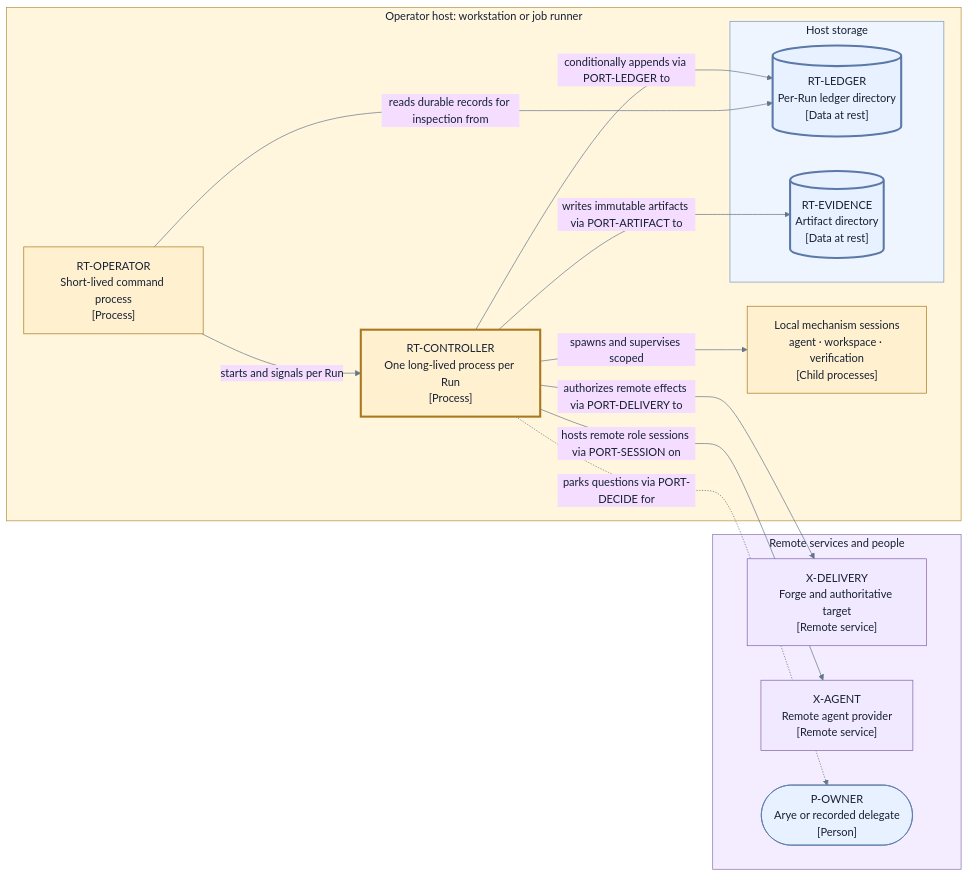
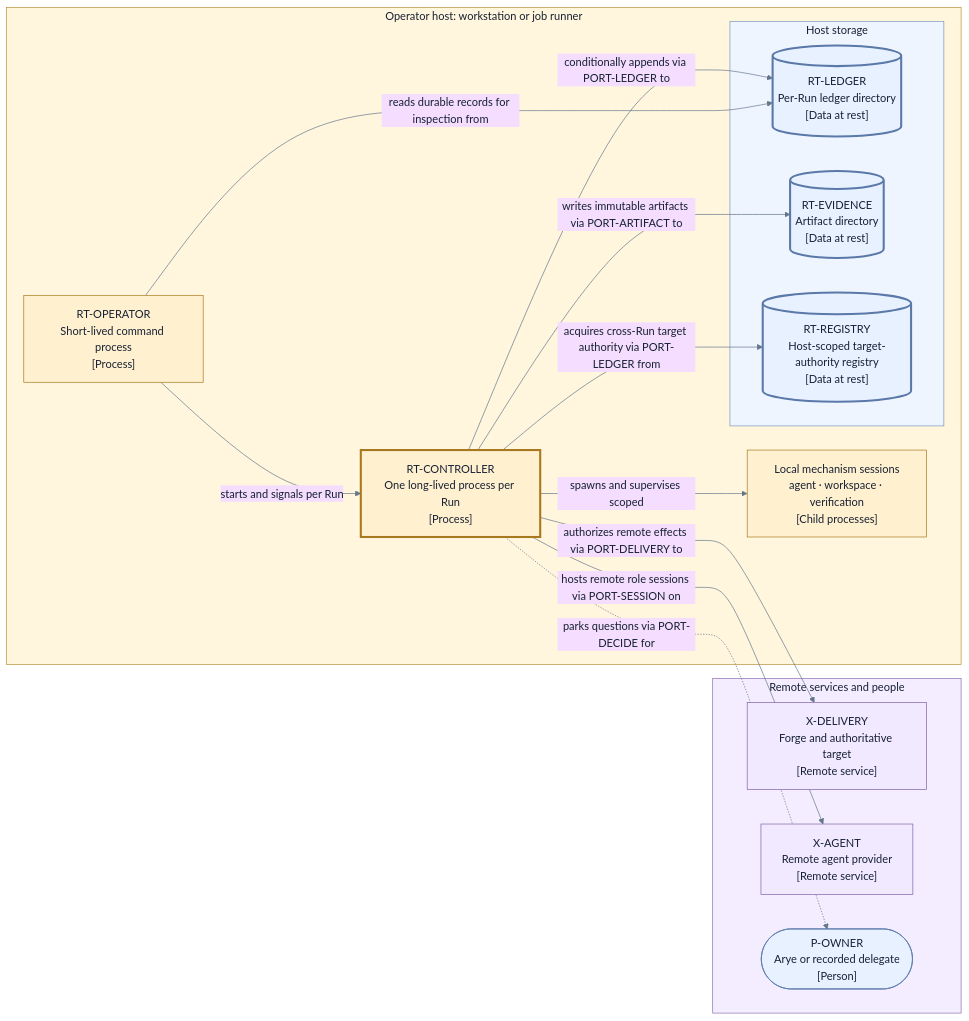
Before and after one commit to agentic-workflow-kit/jig: the second of 2 diagrams in docs/redesign/design/runtime.md, drawn with Mermaid. The commit also changed other lines of this file and 10 other files, not shown here.

````diff
--- a/docs/redesign/design/runtime.md
+++ b/docs/redesign/design/runtime.md
@@ -202,42 +209,44 @@
 ```mermaid
 %%{init: {"theme": "base", "themeVariables": {"fontFamily": "Inter, ui-sans-serif, system-ui", "primaryTextColor": "#172033", "lineColor": "#65758b"}}}%%
 flowchart LR
     subgraph Host["Operator host: workstation or job runner"]
         OperatorP["RT-OPERATOR<br/>Short-lived command process<br/>[Process]"]
         ControllerP["RT-CONTROLLER<br/>One long-lived process per Run<br/>[Process]"]
         MechanismP["Local mechanism sessions<br/>agent · workspace · verification<br/>[Child processes]"]
         subgraph HostStore["Host storage"]
             LedgerD[("RT-LEDGER<br/>Per-Run ledger directory<br/>[Data at rest]")]
             EvidenceD[("RT-EVIDENCE<br/>Artifact directory<br/>[Data at rest]")]
+            RegistryD[("RT-REGISTRY<br/>Host-scoped target-authority registry<br/>[Data at rest]")]
         end
     end
 
     subgraph Remote["Remote services and people"]
         Forge["X-DELIVERY<br/>Forge and authoritative target<br/>[Remote service]"]
         RemoteAgent["X-AGENT<br/>Remote agent provider<br/>[Remote service]"]
         OwnerR(["P-OWNER<br/>Arye or recorded delegate<br/>[Person]"])
     end
 
     OperatorP -->|"starts and signals per Run"| ControllerP
     ControllerP -->|"spawns and supervises scoped"| MechanismP
     ControllerP -->|"conditionally appends via PORT-LEDGER to"| LedgerD
+    ControllerP -->|"acquires cross-Run target authority via PORT-LEDGER from"| RegistryD
     ControllerP -->|"writes immutable artifacts via PORT-ARTIFACT to"| EvidenceD
     ControllerP -->|"authorizes remote effects via PORT-DELIVERY to"| Forge
     ControllerP -->|"hosts remote role sessions via PORT-SESSION on"| RemoteAgent
     ControllerP -.->|"parks questions via PORT-DECIDE for"| OwnerR
     OperatorP -->|"reads durable records for inspection from"| LedgerD
 
     style Host fill:#fff6dd,stroke:#b8903a,color:#172033
     style HostStore fill:#eef5ff,stroke:#7a96bd,color:#172033
     style Remote fill:#f3edff,stroke:#8a6eb0,color:#172033
     classDef process fill:#fff1cf,stroke:#a8781f,color:#172033
     classDef control fill:#fff1cf,stroke:#a8781f,stroke-width:3px,color:#172033
     classDef rest fill:#e8f1ff,stroke:#5a78a8,stroke-width:3px,color:#172033
     classDef remote fill:#f1e9ff,stroke:#8061a8,color:#172033
     classDef person fill:#e8f1ff,stroke:#5a78a8,color:#172033
     class OperatorP,MechanismP process
     class ControllerP control
-    class LedgerD,EvidenceD rest
+    class LedgerD,EvidenceD,RegistryD rest
     class Forge,RemoteAgent remote
     class OwnerR person
 ```
````
